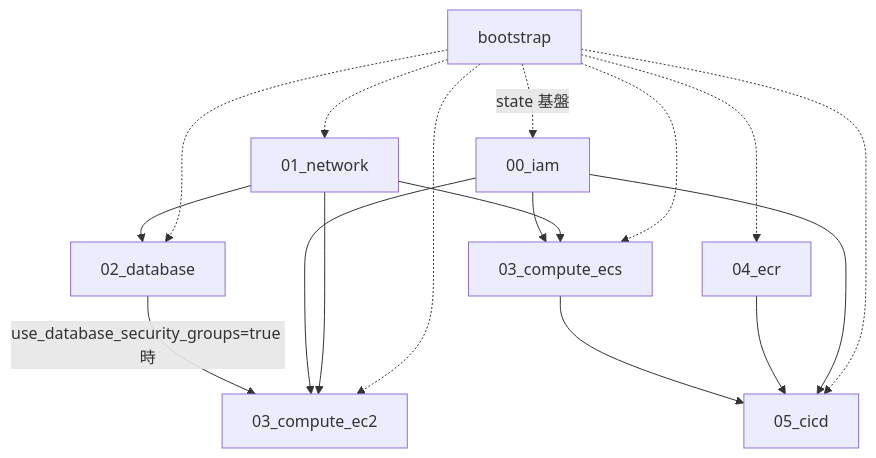
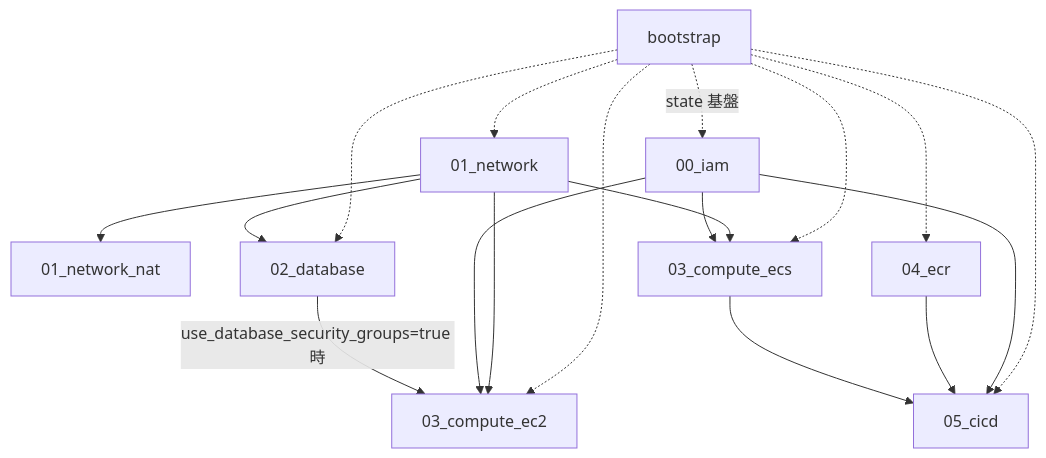
Before and after one commit to r-fukuda-git/r-fukuda-terraform: the diagram in README.md, drawn with Mermaid. The commit also changed other lines of this file and 12 other files, not shown here.

First line of the commit message:
[refactor] NAT Gateway を 01_network から 01_network_nat スタックに分離

````diff
--- a/README.md
+++ b/README.md
@@ -30,29 +31,31 @@
 ```mermaid
 flowchart TD
   bootstrap[bootstrap]
   iam[00_iam]
   network[01_network]
+  network_nat[01_network_nat]
   database[02_database]
   ec2[03_compute_ec2]
   ecs[03_compute_ecs]
   ecr[04_ecr]
   cicd[05_cicd]
 
   bootstrap -.->|state 基盤| iam
   bootstrap -.-> network
   bootstrap -.-> database
   bootstrap -.-> ec2
   bootstrap -.-> ecs
   bootstrap -.-> ecr
   bootstrap -.-> cicd
 
+  network --> network_nat
   network --> database
   network --> ec2
   network --> ecs
   iam --> ec2
   iam --> ecs
   iam --> cicd
   database -->|use_database_security_groups=true 時| ec2
   ecr --> cicd
   ecs --> cicd
 ```
````
